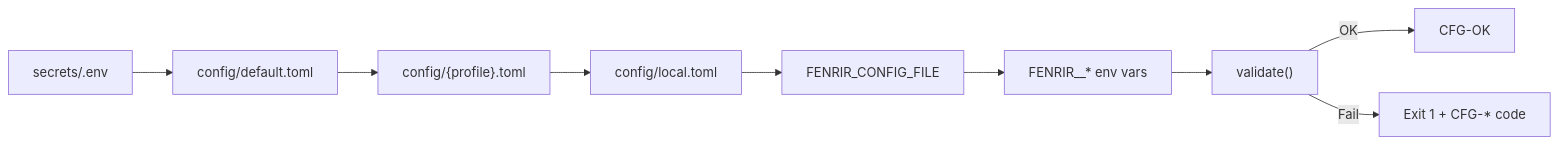
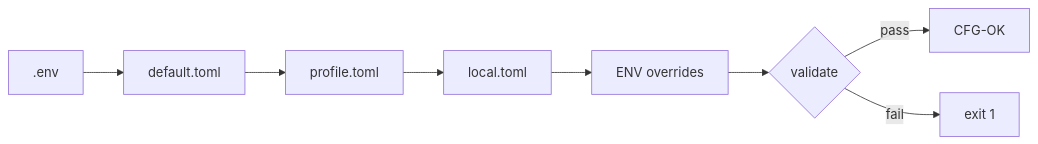
The fifth of 6 diagrams in README.md (J03lF/fenrir), drawn with Mermaid before and after one commit. The commit also changed other lines of this file, not shown here.

Commit message:
Add comprehensive README with architecture docs, CLI reference, and ecosystem overview

````diff
--- a/README.md
+++ b/README.md
@@ -551,11 +589,10 @@
 ```mermaid
 flowchart LR
-  A["secrets/.env"] --> B["config/default.toml"]
-  B --> C["config/{profile}.toml"]
-  C --> D["config/local.toml"]
-  D --> E["FENRIR_CONFIG_FILE"]
-  E --> F["FENRIR__* env vars"]
-  F --> G["validate()"]
-  G -->|OK| H["CFG-OK"]
-  G -->|Fail| I["Exit 1 + CFG-* code"]
+  Secrets[".env"] --> Default["default.toml"]
+  Default --> Profile["profile.toml"]
+  Profile --> Local["local.toml"]
+  Local --> Env["ENV overrides"]
+  Env --> Validate{"validate"}
+  Validate -->|pass| OK["CFG-OK"]
+  Validate -->|fail| Err["exit 1"]
 ```
````
